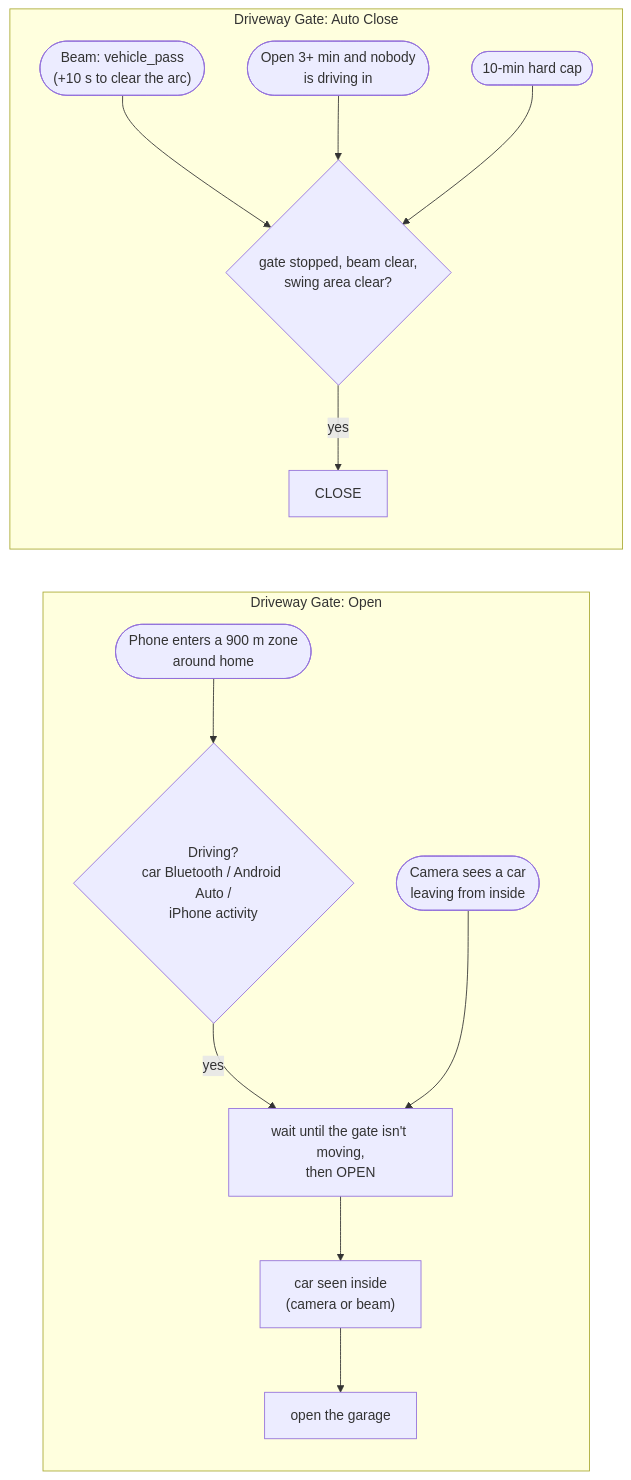
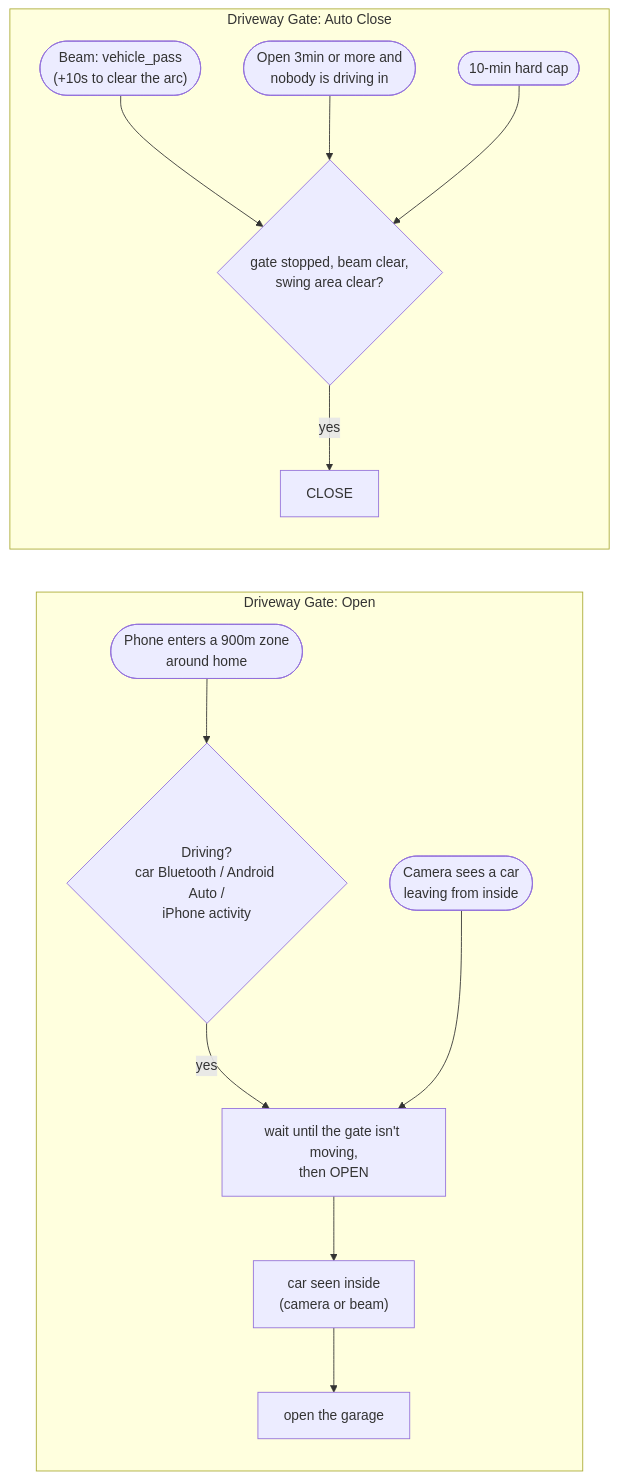
One commit to jakabo27/DRV8262-DIY-Swing-Gate-Controller changed the diagram in README.md. Above: the diagram before and after it, drawn with Mermaid. The commit also changed other lines of this file and 20 other files, not shown here.

First line of the commit message:
Add build photo, screenshots and hand-drawn architecture diagram

````diff
--- a/README.md
+++ b/README.md
@@ -172,17 +126,17 @@
 ```mermaid
 flowchart LR
     subgraph OPEN ["Driveway Gate: Open"]
         direction TB
-        A(["Phone enters a 900 m zone<br/>around home"]) --> B{"Driving?<br/>car Bluetooth / Android Auto /<br/>iPhone activity"}
+        A(["Phone enters a 900m zone<br/>around home"]) --> B{"Driving?<br/>car Bluetooth / Android Auto /<br/>iPhone activity"}
         B -- yes --> C["wait until the gate isn't moving,<br/>then OPEN"]
         C --> D["car seen inside<br/>(camera or beam)"] --> E["open the garage"]
         X(["Camera sees a car<br/>leaving from inside"]) --> C
     end
     subgraph CLOSE ["Driveway Gate: Auto Close"]
         direction TB
-        F(["Beam: vehicle_pass<br/>(+10 s to clear the arc)"]) --> S
-        G(["Open 3+ min and nobody<br/>is driving in"]) --> S
+        F(["Beam: vehicle_pass<br/>(+10s to clear the arc)"]) --> S
+        G(["Open 3min or more and<br/>nobody is driving in"]) --> S
         H(["10-min hard cap"]) --> S
         S{"gate stopped, beam clear,<br/>swing area clear?"} -- yes --> P["CLOSE"]
     end
 ```
````
